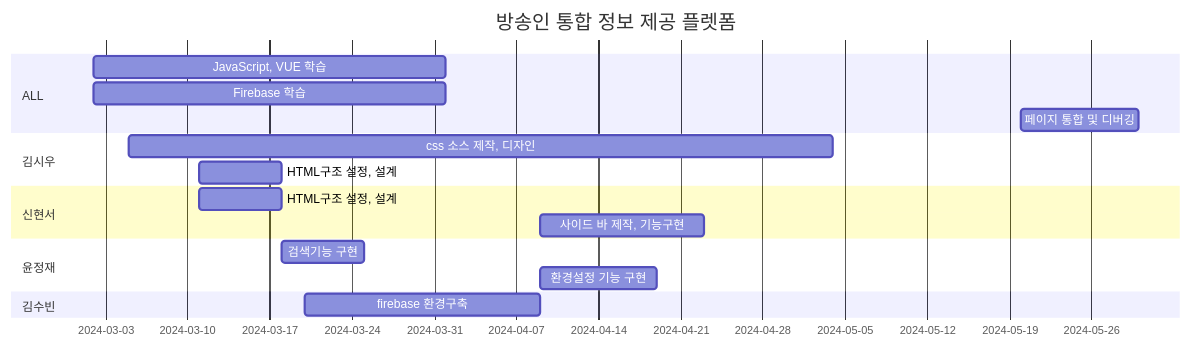
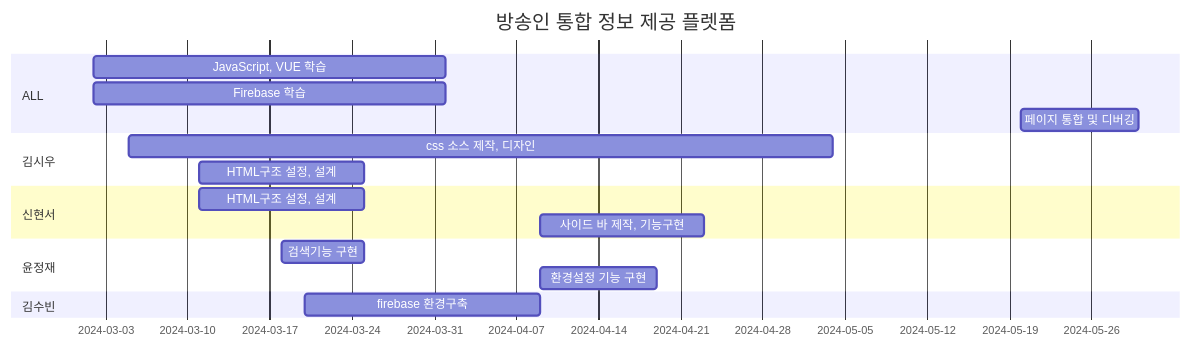
One commit to kimsiwoo12/kimsiwoo12 changed the diagram in README.md. Above: the diagram before and after it, drawn with Mermaid.

````diff
--- a/README.md
+++ b/README.md
@@ -8,25 +8,25 @@
 ```mermaid
 gantt
     title 방송인 통합 정보 제공 플렛폼
     dateFormat  YYYY-MM-DD
 
     section ALL
     JavaScript, VUE 학습     :a1, 2024-03-02, 30d
     Firebase 학습            :a2, 2024-03-02, 30d
     페이지 통합 및 디버깅    :a3, 2024-05-20, 10d
 
     section 김시우
     css 소스 제작, 디자인    :a1, 2024-03-05, 60d
-    HTML구조 설정, 설계      :a2, 2024-03-11, 7d
+    HTML구조 설정, 설계      :a2, 2024-03-11, 14d
 
     section 신현서
-    HTML구조 설정, 설계     :a1, 2024-03-11, 7d
+    HTML구조 설정, 설계     :a1, 2024-03-11, 14d
     사이드 바 제작, 기능구현          :after a1, 14d
 
     section 윤정재
     검색기능 구현           :a1, 2024-03-18, 7d
     환경설정 기능 구현      :after a1, 10d
 
     section 김수빈
     firebase 환경구축        :a1, 2024-03-20  , 20d
 ```
````
